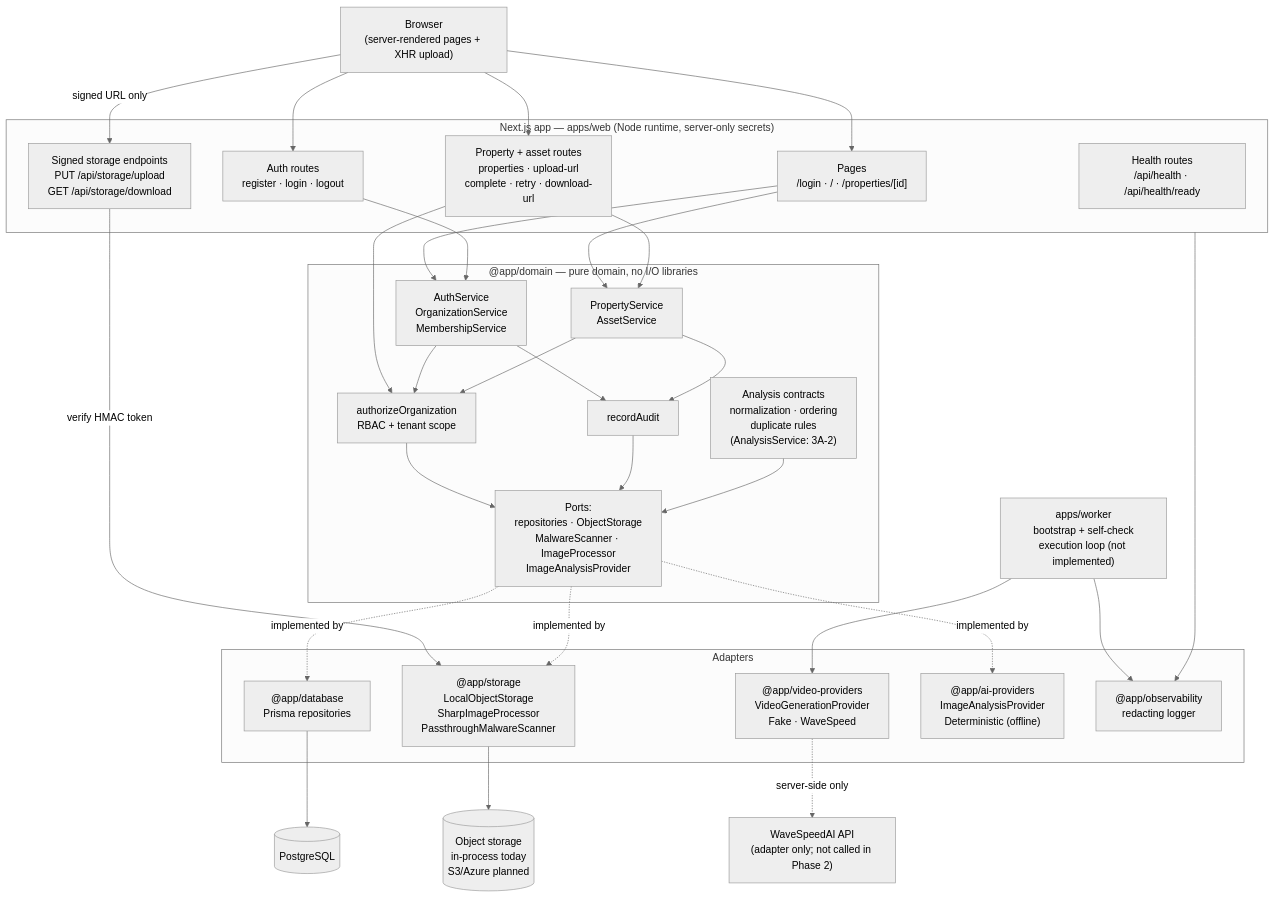
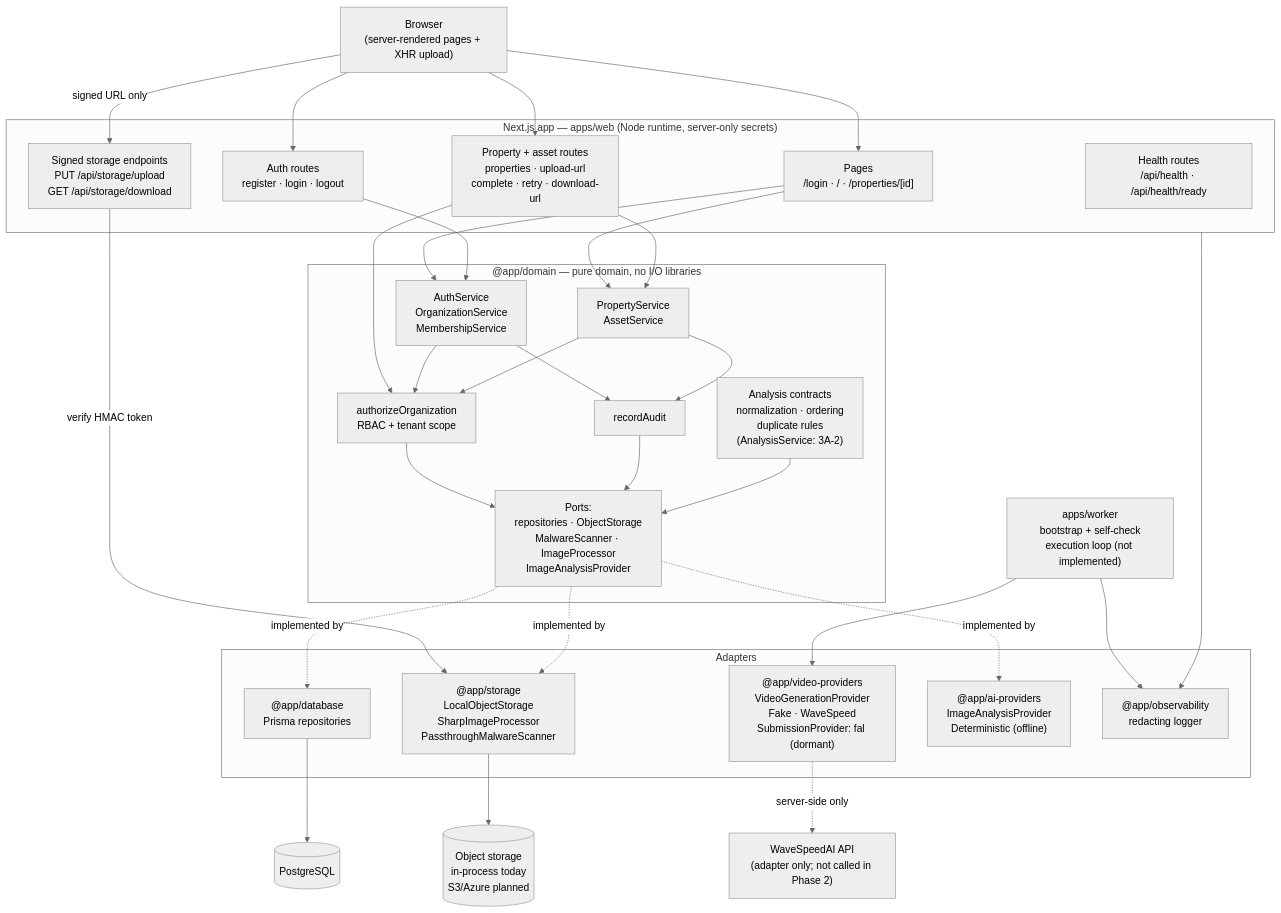
Before and after one commit to TakeTouhu/Real-Estate-Listing-Concept-Video: the diagram in docs/architecture.md, drawn with Mermaid (neutral theme). The commit also changed other lines of this file and 6 other files, not shown here.

````diff
--- a/docs/architecture.md
+++ b/docs/architecture.md
@@ -12,66 +12,66 @@
 ```mermaid
 flowchart TB
   browser["Browser<br/>(server-rendered pages + XHR upload)"]
 
   subgraph web["Next.js app — apps/web (Node runtime, server-only secrets)"]
     pages["Pages<br/>/login · / · /properties/[id]"]
     authapi["Auth routes<br/>register · login · logout"]
     propapi["Property + asset routes<br/>properties · upload-url<br/>complete · retry · download-url"]
     storageapi["Signed storage endpoints<br/>PUT /api/storage/upload<br/>GET /api/storage/download"]
     health["Health routes<br/>/api/health · /api/health/ready"]
   end
 
   subgraph domain["@app/domain — pure domain, no I/O libraries"]
     identitysvc["AuthService<br/>OrganizationService<br/>MembershipService"]
     propsvc["PropertyService<br/>AssetService"]
     anasvc["Analysis contracts<br/>normalization · ordering<br/>duplicate rules<br/>(AnalysisService: 3A-2)"]
     authz["authorizeOrganization<br/>RBAC + tenant scope"]
     audit["recordAudit"]
     ports["Ports:<br/>repositories · ObjectStorage<br/>MalwareScanner · ImageProcessor<br/>ImageAnalysisProvider"]
   end
 
   subgraph adapters["Adapters"]
     db["@app/database<br/>Prisma repositories"]
     store["@app/storage<br/>LocalObjectStorage<br/>SharpImageProcessor<br/>PassthroughMalwareScanner"]
-    vp["@app/video-providers<br/>VideoGenerationProvider<br/>Fake · WaveSpeed"]
+    vp["@app/video-providers<br/>VideoGenerationProvider<br/>Fake · WaveSpeed<br/>SubmissionProvider: fal (dormant)"]
     aip["@app/ai-providers<br/>ImageAnalysisProvider<br/>Deterministic (offline)"]
     obs["@app/observability<br/>redacting logger"]
   end
 
   pg[("PostgreSQL")]
   objects[("Object storage<br/>in-process today<br/>S3/Azure planned")]
   wavespeed["WaveSpeedAI API<br/>(adapter only; not called in Phase 2)"]
 
   worker["apps/worker<br/>bootstrap + self-check<br/>execution loop (not implemented)"]
 
   browser --> pages
   browser --> authapi
   browser --> propapi
   browser -- "signed URL only" --> storageapi
 
   pages --> identitysvc
   pages --> propsvc
   authapi --> identitysvc
   propapi --> propsvc
   propapi --> authz
   storageapi -- "verify HMAC token" --> store
 
   identitysvc --> authz
   propsvc --> authz
   identitysvc --> audit
   propsvc --> audit
   authz --> ports
   audit --> ports
 
   ports -.implemented by.-> db
   ports -.implemented by.-> store
   ports -.implemented by.-> aip
   anasvc --> ports
 
   db --> pg
   store --> objects
   worker --> vp
   vp -.server-side only.-> wavespeed
   web --> obs
   worker --> obs
 ```
````
